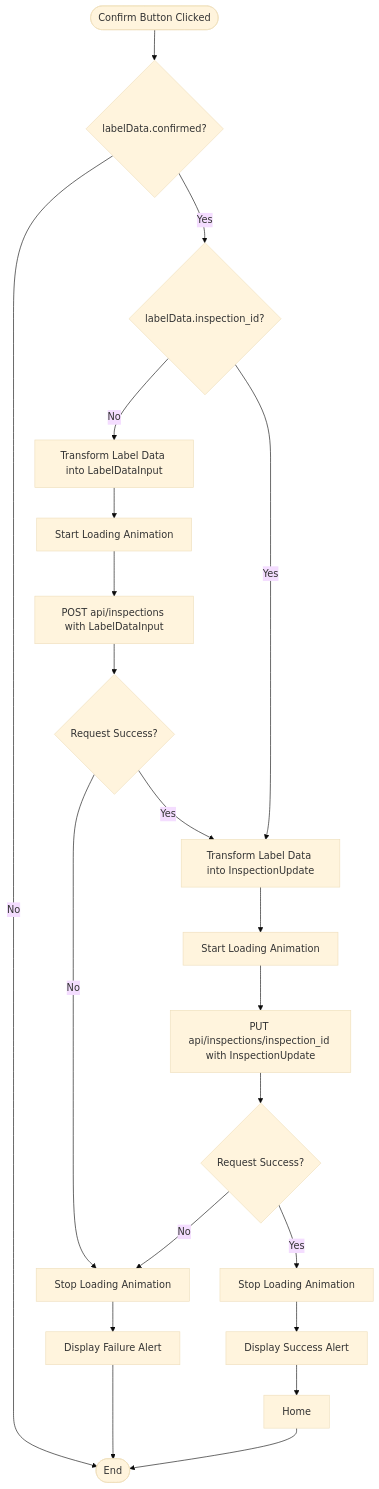
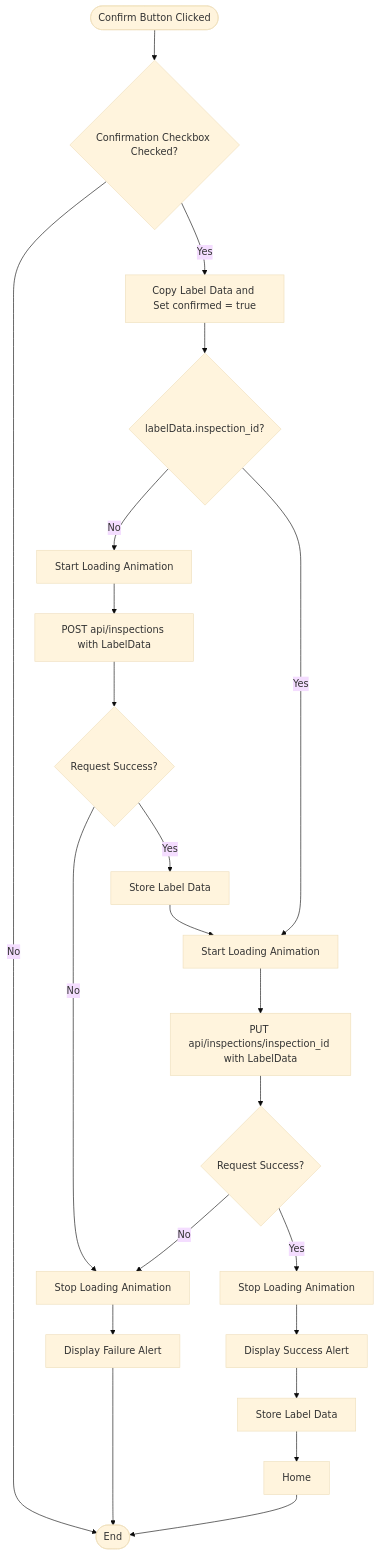
Before and after one commit to ai-cfia/fertiscan-frontend: the second of 3 diagrams in docs/label-data-confirmation/flowchart.md, drawn with Mermaid (base theme). The commit also changed 9 other files, not shown here.

Commit message:
issue #202: handle confirm button click

````diff
--- a/docs/label-data-confirmation/flowchart.md
+++ b/docs/label-data-confirmation/flowchart.md
@@ -18,18 +18,17 @@
 ```mermaid
 flowchart TD
-    Start([Confirm Button Clicked]) --> CheckLabelDataConfirmed{"labelData.confirmed?"}
-    CheckLabelDataConfirmed -->|No| End([End])
-    CheckLabelDataConfirmed -->|Yes| CheckInspectionID{"labelData.inspection_id?"}
+    Start([Confirm Button Clicked]) --> CheckConfirmationCheckbox{"Confirmation Checkbox Checked?"}
+    CheckConfirmationCheckbox -->|No| End([End])
+    CheckConfirmationCheckbox -->|Yes| CopyLabelData["Copy Label Data and Set confirmed = true"] --> CheckInspectionID{"labelData.inspection_id?"}
     
-    CheckInspectionID -->|No| TransformToLabelDataInput["Transform Label Data into LabelDataInput"]
-    TransformToLabelDataInput --> StartLoadingAnimationNoID["Start Loading Animation"]
-    StartLoadingAnimationNoID --> PostRequest["POST api/inspections with LabelDataInput"]
+    CheckInspectionID -->|No| StartLoadingAnimationNoID["Start Loading Animation"]
+    StartLoadingAnimationNoID --> PostRequest["POST api/inspections with LabelData"]
     PostRequest --> PostRequestSuccess{"Request Success?"}
     PostRequestSuccess -->|No| StopLoadingFailure["Stop Loading Animation"] --> DisplayFailureAlert["Display Failure Alert"] --> End
-    PostRequestSuccess -->|Yes| TransformLabelData["Transform Label Data into InspectionUpdate"] --> StartLoadingAnimationWithID["Start Loading Animation"] --> PutRequest["PUT api/inspections/inspection_id with InspectionUpdate"]
+    PostRequestSuccess -->|Yes| StoreLabelDataAfterPost["Store Label Data"] --> StartLoadingAnimationWithID["Start Loading Animation"] --> PutRequest["PUT api/inspections/inspection_id with LabelData"]
     
-    CheckInspectionID -->|Yes| TransformLabelData
+    CheckInspectionID -->|Yes| StartLoadingAnimationWithID
     PutRequest --> PutRequestSuccess{"Request Success?"}
     PutRequestSuccess -->|No| StopLoadingFailure
-    PutRequestSuccess -->|Yes| StopLoadingSuccess["Stop Loading Animation"] --> DisplaySuccessAlert["Display Success Alert"] --> HomePage[Home] --> End
+    PutRequestSuccess -->|Yes| StopLoadingSuccess["Stop Loading Animation"] --> DisplaySuccessAlert["Display Success Alert"] --> StoreLabelData["Store Label Data"] --> HomePage[Home] --> End
 ```
````
